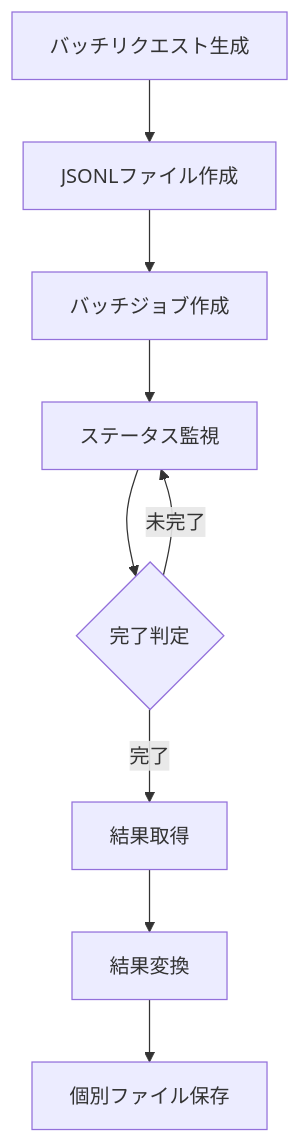
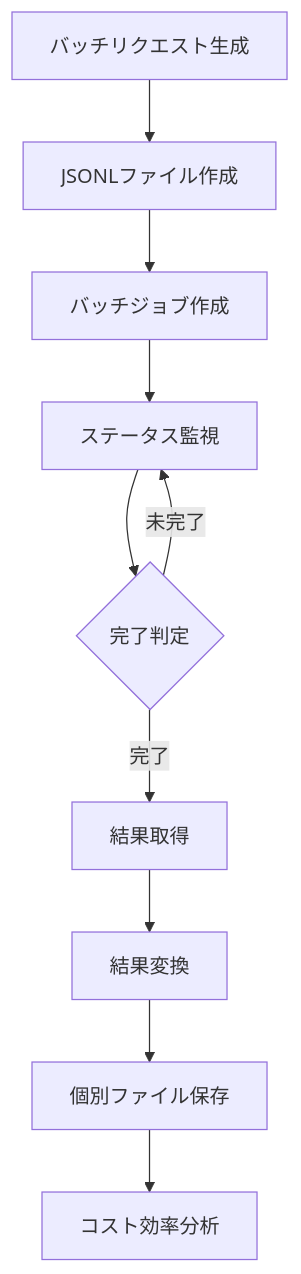
Before and after one commit to nshrhm/llm-literary-analysis: the first of 3 diagrams in memory-bank/systemPatterns.md, drawn with Mermaid. The commit also changed other lines of this file and 15 other files, not shown here.

````diff
--- a/memory-bank/systemPatterns.md
+++ b/memory-bank/systemPatterns.md
@@ -6,11 +6,12 @@
 ```mermaid
 graph TD
     A[バッチリクエスト生成] --> B[JSONLファイル作成]
     B --> C[バッチジョブ作成]
     C --> D[ステータス監視]
     D --> E{完了判定}
     E -->|完了| F[結果取得]
     E -->|未完了| D
     F --> G[結果変換]
     G --> H[個別ファイル保存]
+    H --> I[コスト効率分析]
 ```
````
